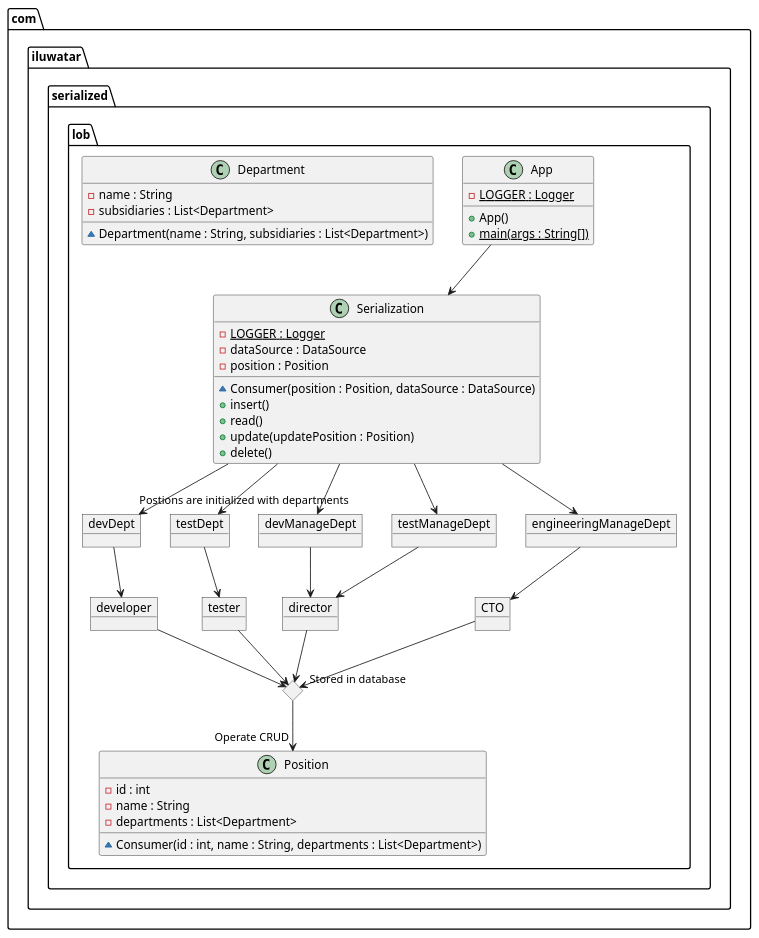
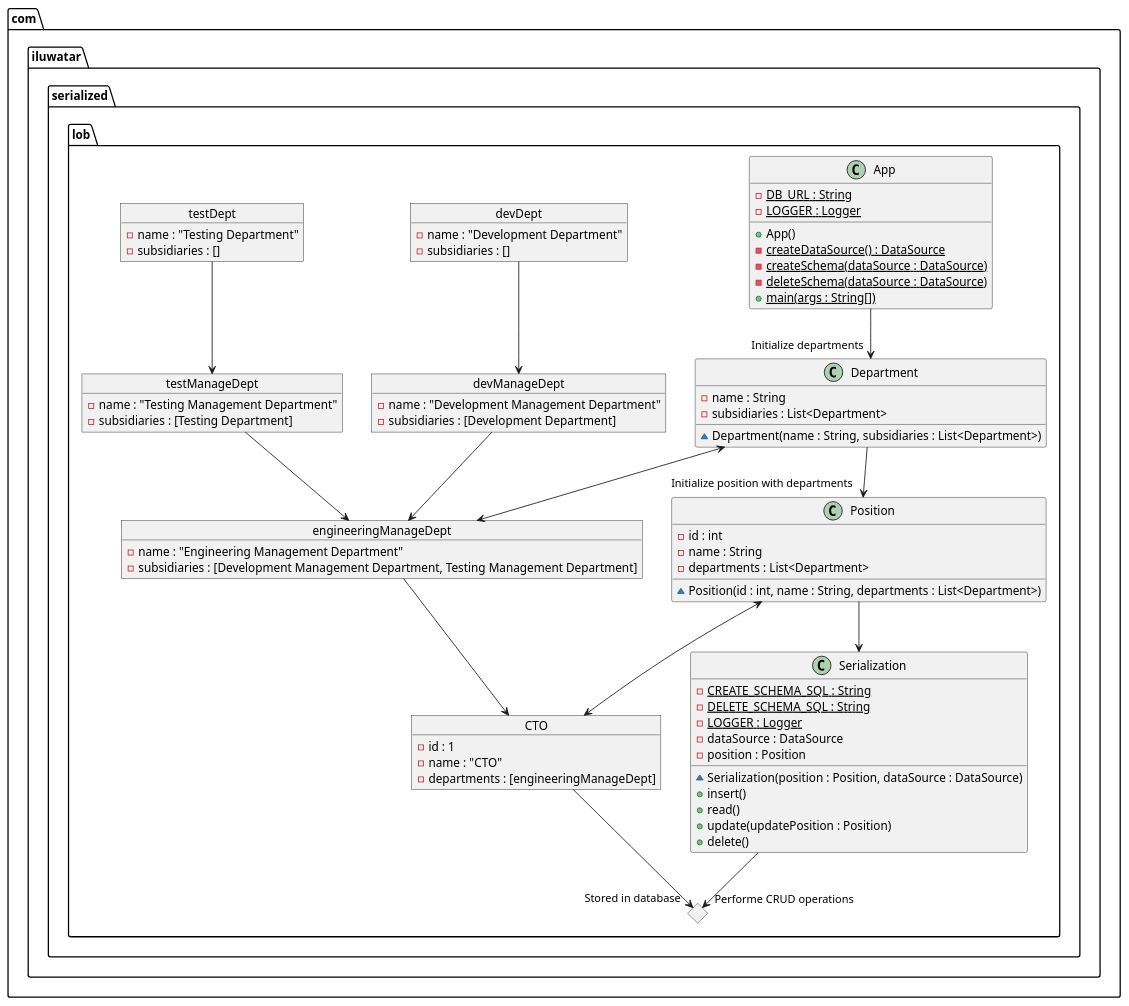
One commit to iluwatar/java-design-patterns changed the diagram in serialized-lob/etc/serialized-lob.puml. Above: the diagram before and after it, drawn with PlantUML. The commit also changed 10 other files, not shown here.

```diff
--- a/serialized-lob/etc/serialized-lob.puml
+++ b/serialized-lob/etc/serialized-lob.puml
@@ -1,60 +1,79 @@
 @startuml
 package com.iluwatar.serialized.lob {
   class App {
+    - DB_URL : String {static}
     - LOGGER : Logger {static}
     + App()
+    - createDataSource() : DataSource {static}
+    - createSchema(dataSource : DataSource) {static}
+    - deleteSchema(dataSource : DataSource) {static}
     + main(args : String[]) {static}
   }
   class Position {
     - id : int
     - name : String
     - departments : List<Department>
-    ~ Consumer(id : int, name : String, departments : List<Department>)
+    ~ Position(id : int, name : String, departments : List<Department>)
   }
   class Department {
     - name : String
     - subsidiaries : List<Department>
     ~ Department(name : String, subsidiaries : List<Department>)
   }
   class Serialization {
+    - CREATE_SCHEMA_SQL : String {static}
+    - DELETE_SCHEMA_SQL : String {static}
     - LOGGER : Logger {static}
     - dataSource : DataSource
     - position : Position
-    ~ Consumer(position : Position, dataSource : DataSource)
+    ~ Serialization(position : Position, dataSource : DataSource)
     + insert()
     + read()
     + update(updatePosition : Position)
     + delete()
   }
 
-  object devDept
-  object testDept
-  object devManageDept
-  object testManageDept
-  object engineeringManageDept
-  object CTO
-  object director
-  object developer
-  object tester
+  object devDept {
+    - name : "Development Department"
+    - subsidiaries : []
+  }
+  object testDept {
+    - name : "Testing Department"
+    - subsidiaries : []
+  }
+  object devManageDept {
+    - name : "Development Management Department"
+    - subsidiaries : [Development Department]
+  }
+  object testManageDept {
+    - name : "Testing Management Department"
+    - subsidiaries : [Testing Department]
+  }
+  object engineeringManageDept {
+    - name : "Engineering Management Department"
+    - subsidiaries : [Development Management Department, Testing Management Department]
+  }
+  object CTO {
+      - id : 1
+      - name : "CTO"
+      - departments : [engineeringManageDept]
+  }
   diamond database
 }
 
-App --> Serialization
-Serialization --> engineeringManageDept
-Serialization --> "Postions are initialized with departments" devManageDept
-Serialization --> testManageDept
-Serialization --> devDept
-Serialization -->  testDept
+App --> "Initialize departments" Department
+Department <--> engineeringManageDept
+Department --> "Initialize position with departments" Position
+
+devDept --> devManageDept
+testDept --> testManageDept
+devManageDept --> engineeringManageDept
+testManageDept --> engineeringManageDept
 
 engineeringManageDept --> CTO
-devManageDept --> director
-testManageDept --> director
-devDept --> developer
-testDept --> tester
+Position <--> CTO
+CTO --> "Stored in database" database
+Position --> Serialization
+Serialization --> "Performe CRUD operations" database
 
-CTO --> "Stored in database" database
-director --> database
-developer --> database
-tester --> database
-database --> "Operate CRUD" Position
 @enduml
```
